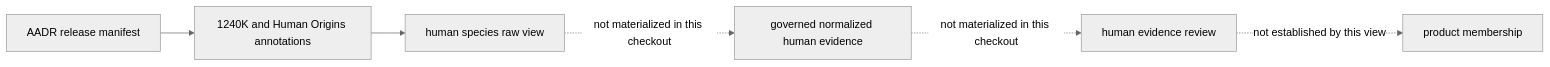
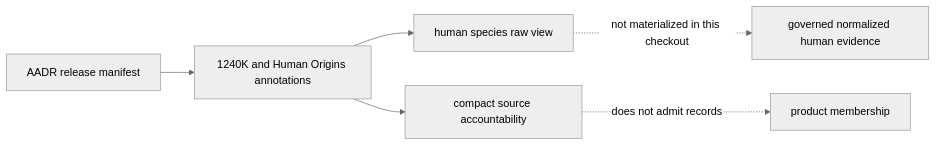
Before and after one commit to bijux/bijux-pollenomics: the diagram in data/adna/species/homo_sapiens/README.md, drawn with Mermaid (neutral theme). The commit also changed other lines of this file and 52 other files, not shown here.

Commit message:
feat(aadr): materialize source accountability

````diff
--- a/data/adna/species/homo_sapiens/README.md
+++ b/data/adna/species/homo_sapiens/README.md
@@ -8,8 +8,8 @@
 ```mermaid
 flowchart LR
     Release["AADR release manifest"] --> Panels["1240K and Human Origins annotations"]
     Panels --> Raw["human species raw view"]
     Raw -. "not materialized in this checkout" .-> Normalized["governed normalized human evidence"]
-    Normalized -. "not materialized in this checkout" .-> Review["human evidence review"]
-    Review -. "not established by this view" .-> Product["product membership"]
+    Panels --> Accountability["compact source accountability"]
+    Accountability -. "does not admit records" .-> Product["product membership"]
 ```
````
